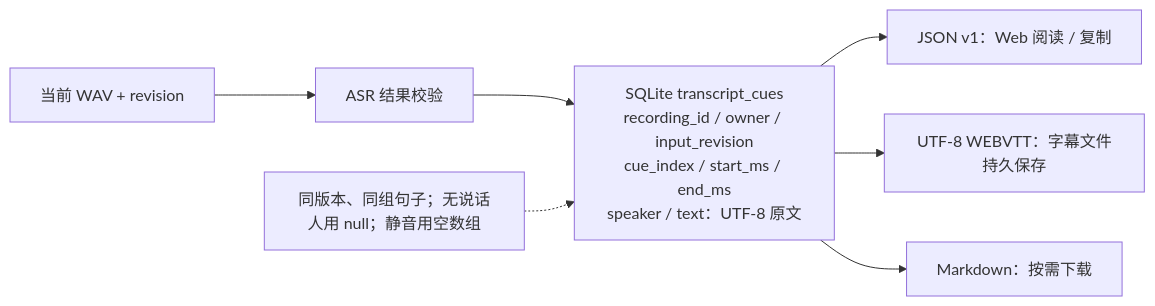
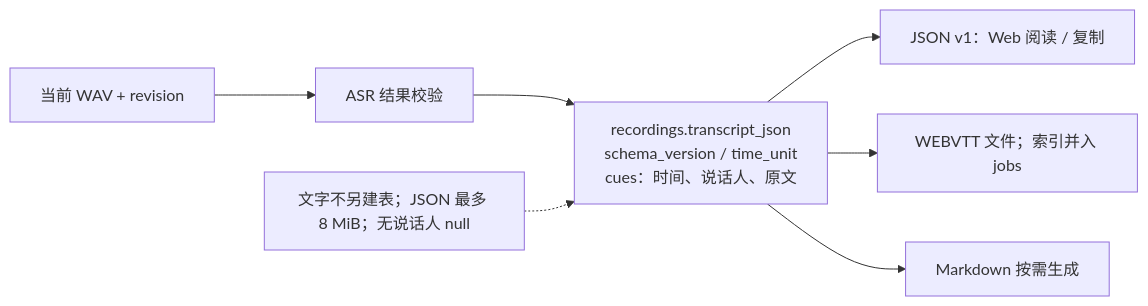
The diagram in docs/assets/diagrams/10-transcript-format.mmd (boboliu-1010/speaker), drawn with Mermaid before and after one commit. The commit also changed 21 other files, not shown here.

```diff
--- a/docs/assets/diagrams/10-transcript-format.mmd
+++ b/docs/assets/diagrams/10-transcript-format.mmd
@@ -1,10 +1,9 @@
 flowchart LR
     WAV["当前 WAV + revision"] --> ASR["ASR 结果校验"]
-    ASR --> Row["SQLite transcript_cues
-recording_id / owner / input_revision
-cue_index / start_ms / end_ms
-speaker / text：UTF-8 原文"]
+    ASR --> Row["recordings.transcript_json
+schema_version / time_unit
+cues：时间、说话人、原文"]
     Row --> JSON["JSON v1：Web 阅读 / 复制"]
-    Row --> VTT["UTF-8 WEBVTT：字幕文件持久保存"]
-    Row --> MD["Markdown：按需下载"]
-    Same["同版本、同组句子；无说话人用 null；静音用空数组"] -.-> Row
+    Row --> VTT["WEBVTT 文件；索引并入 jobs"]
+    Row --> MD["Markdown 按需生成"]
+    Same["文字不另建表；JSON 最多 8 MiB；无说话人 null"] -.-> Row
```
